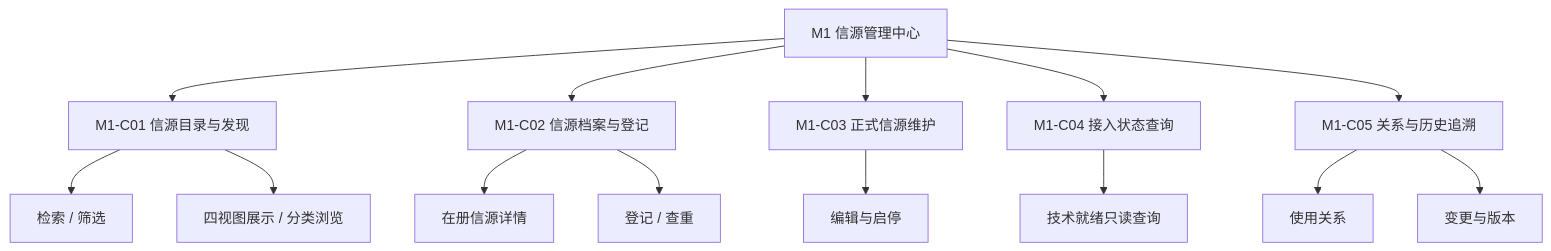
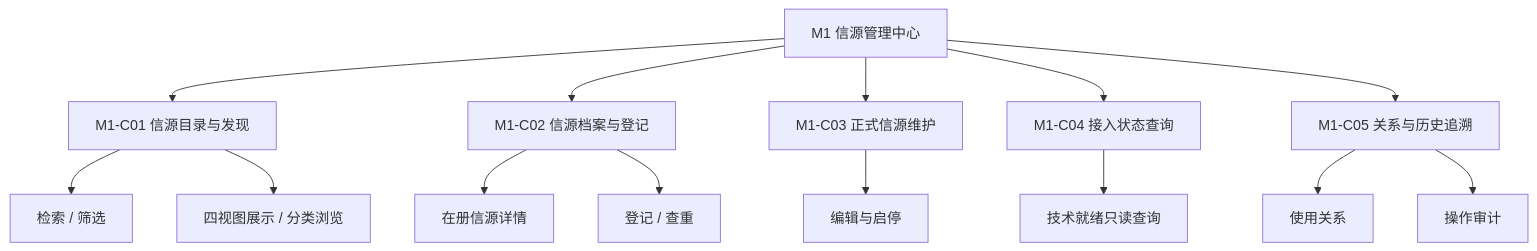
One commit to caojingwen1996/obsidian_kb changed the second of 5 diagrams in tools/RiskHot/docs/system-design/03-系统功能架构/M1 信源管理中心功能设计.md. Above: the diagram before and after it, drawn with Mermaid. The commit also changed other lines of this file and 517 other files, not shown here.

````diff
--- a/tools/RiskHot/docs/system-design/03-系统功能架构/M1 信源管理中心功能设计.md
+++ b/tools/RiskHot/docs/system-design/03-系统功能架构/M1 信源管理中心功能设计.md
@@ -75,17 +77,17 @@
 ```mermaid
 flowchart TB
     M1[M1 信源管理中心]
     M1 --> A[M1-C01 信源目录与发现]
     M1 --> B[M1-C02 信源档案与登记]
     M1 --> C[M1-C03 正式信源维护]
     M1 --> D[M1-C04 接入状态查询]
     M1 --> E[M1-C05 关系与历史追溯]
     A --> A1[检索 / 筛选]
     A --> A2[四视图展示 / 分类浏览]
     B --> B1[在册信源详情]
     B --> B2[登记 / 查重]
     C --> C1[编辑与启停]
     D --> D1[技术就绪只读查询]
     E --> E1[使用关系]
-    E --> E2[变更与版本]
+    E --> E2[操作审计]
 ```
````
